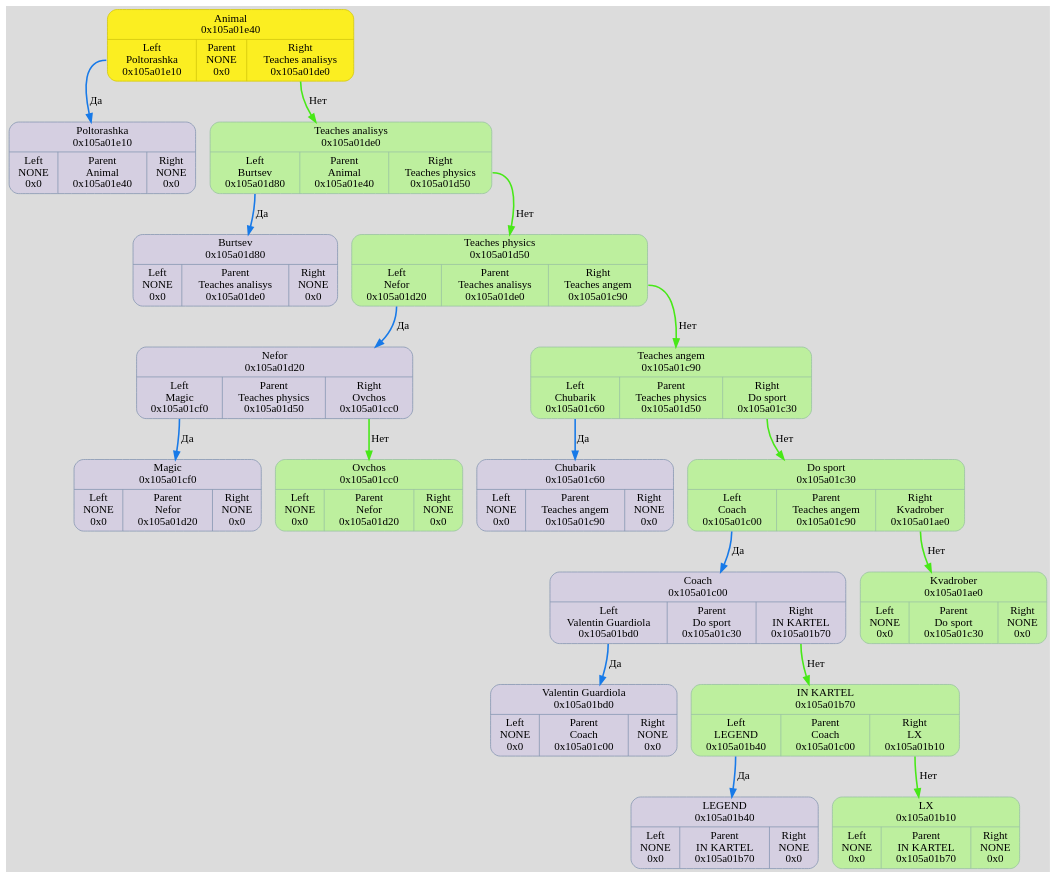
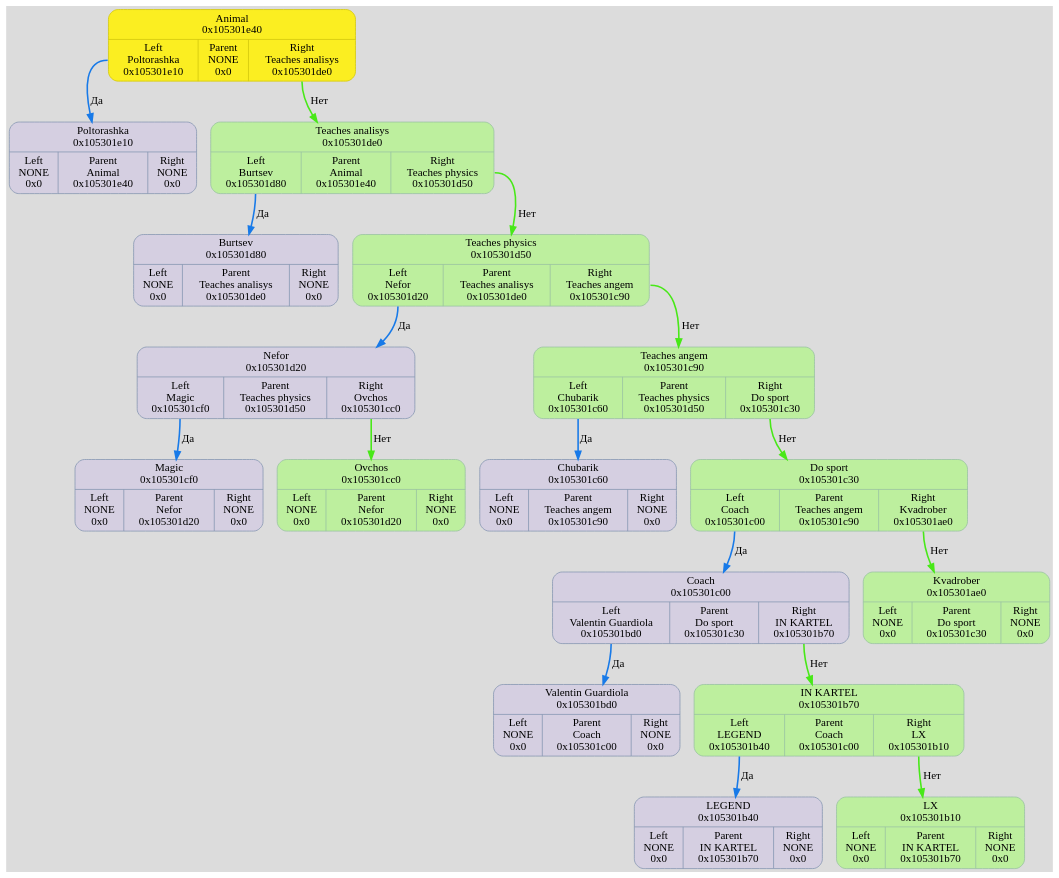
One commit to TolikRogov/Akinator changed the diagram in dump/graph.dot. Above: the diagram before and after it, drawn with Graphviz. The commit also changed 35 other files, not shown here.

```diff
--- a/dump/graph.dot
+++ b/dump/graph.dot
@@ -1,46 +1,46 @@
 digraph {
 	fontname = "UbuntuMono";
 	bgcolor = "#DCDCDC";
 
-	node0x105a01e40 [ shape = Mrecord; style = filled; fillcolor = "#FBEE21"; color = "#D3C70D"; fontcolor = "#000000";label = " { Animal\n0x105a01e40 | { <left> Left\nPoltorashka\n0x105a01e10 | Parent\nNONE\n0x0 | <right> Right\nTeaches analisys\n0x105a01de0 } } ";  ];
-	node0x105a01e40:<left> -> node0x105a01e10 [ style = "bold"; color = "#187AE8"; label = "Да"; ];
-	node0x105a01e10 [ shape = Mrecord; style = filled; fillcolor = "#D5CFE1"; color = "#8797b2"; fontcolor = "#000000";label = " { Poltorashka\n0x105a01e10 | { <left> Left\nNONE\n0x0 | Parent\nAnimal\n0x105a01e40 | <right> Right\nNONE\n0x0 } } ";  ];
-	node0x105a01de0 [ shape = Mrecord; style = filled; fillcolor = "#D5CFE1"; color = "#8797b2"; fontcolor = "#000000";label = " { Teaches analisys\n0x105a01de0 | { <left> Left\nBurtsev\n0x105a01d80 | Parent\nAnimal\n0x105a01e40 | <right> Right\nTeaches physics\n0x105a01d50 } } ";  ];
-	node0x105a01de0:<left> -> node0x105a01d80 [ style = "bold"; color = "#187AE8"; label = "Да"; ];
-	node0x105a01d80 [ shape = Mrecord; style = filled; fillcolor = "#D5CFE1"; color = "#8797b2"; fontcolor = "#000000";label = " { Burtsev\n0x105a01d80 | { <left> Left\nNONE\n0x0 | Parent\nTeaches analisys\n0x105a01de0 | <right> Right\nNONE\n0x0 } } ";  ];
-	node0x105a01d50 [ shape = Mrecord; style = filled; fillcolor = "#D5CFE1"; color = "#8797b2"; fontcolor = "#000000";label = " { Teaches physics\n0x105a01d50 | { <left> Left\nNefor\n0x105a01d20 | Parent\nTeaches analisys\n0x105a01de0 | <right> Right\nTeaches angem\n0x105a01c90 } } ";  ];
-	node0x105a01d50:<left> -> node0x105a01d20 [ style = "bold"; color = "#187AE8"; label = "Да"; ];
-	node0x105a01d20 [ shape = Mrecord; style = filled; fillcolor = "#D5CFE1"; color = "#8797b2"; fontcolor = "#000000";label = " { Nefor\n0x105a01d20 | { <left> Left\nMagic\n0x105a01cf0 | Parent\nTeaches physics\n0x105a01d50 | <right> Right\nOvchos\n0x105a01cc0 } } ";  ];
-	node0x105a01d20:<left> -> node0x105a01cf0 [ style = "bold"; color = "#187AE8"; label = "Да"; ];
-	node0x105a01cf0 [ shape = Mrecord; style = filled; fillcolor = "#D5CFE1"; color = "#8797b2"; fontcolor = "#000000";label = " { Magic\n0x105a01cf0 | { <left> Left\nNONE\n0x0 | Parent\nNefor\n0x105a01d20 | <right> Right\nNONE\n0x0 } } ";  ];
-	node0x105a01cc0 [ shape = Mrecord; style = filled; fillcolor = "#D5CFE1"; color = "#8797b2"; fontcolor = "#000000";label = " { Ovchos\n0x105a01cc0 | { <left> Left\nNONE\n0x0 | Parent\nNefor\n0x105a01d20 | <right> Right\nNONE\n0x0 } } ";  ];
-	node0x105a01d20:<right> -> node0x105a01cc0 [ style = "bold"; color = "#48E818"; label = "Нет"; ];
-	node0x105a01cc0 [ fillcolor = "#BDEF9E"; color = "#99c2a2"; fontcolor = "#000000"; ];
-	node0x105a01c90 [ shape = Mrecord; style = filled; fillcolor = "#D5CFE1"; color = "#8797b2"; fontcolor = "#000000";label = " { Teaches angem\n0x105a01c90 | { <left> Left\nChubarik\n0x105a01c60 | Parent\nTeaches physics\n0x105a01d50 | <right> Right\nDo sport\n0x105a01c30 } } ";  ];
-	node0x105a01c90:<left> -> node0x105a01c60 [ style = "bold"; color = "#187AE8"; label = "Да"; ];
-	node0x105a01c60 [ shape = Mrecord; style = filled; fillcolor = "#D5CFE1"; color = "#8797b2"; fontcolor = "#000000";label = " { Chubarik\n0x105a01c60 | { <left> Left\nNONE\n0x0 | Parent\nTeaches angem\n0x105a01c90 | <right> Right\nNONE\n0x0 } } ";  ];
-	node0x105a01c30 [ shape = Mrecord; style = filled; fillcolor = "#D5CFE1"; color = "#8797b2"; fontcolor = "#000000";label = " { Do sport\n0x105a01c30 | { <left> Left\nCoach\n0x105a01c00 | Parent\nTeaches angem\n0x105a01c90 | <right> Right\nKvadrober\n0x105a01ae0 } } ";  ];
-	node0x105a01c30:<left> -> node0x105a01c00 [ style = "bold"; color = "#187AE8"; label = "Да"; ];
-	node0x105a01c00 [ shape = Mrecord; style = filled; fillcolor = "#D5CFE1"; color = "#8797b2"; fontcolor = "#000000";label = " { Coach\n0x105a01c00 | { <left> Left\nValentin Guardiola\n0x105a01bd0 | Parent\nDo sport\n0x105a01c30 | <right> Right\nIN KARTEL\n0x105a01b70 } } ";  ];
-	node0x105a01c00:<left> -> node0x105a01bd0 [ style = "bold"; color = "#187AE8"; label = "Да"; ];
-	node0x105a01bd0 [ shape = Mrecord; style = filled; fillcolor = "#D5CFE1"; color = "#8797b2"; fontcolor = "#000000";label = " { Valentin Guardiola\n0x105a01bd0 | { <left> Left\nNONE\n0x0 | Parent\nCoach\n0x105a01c00 | <right> Right\nNONE\n0x0 } } ";  ];
-	node0x105a01b70 [ shape = Mrecord; style = filled; fillcolor = "#D5CFE1"; color = "#8797b2"; fontcolor = "#000000";label = " { IN KARTEL\n0x105a01b70 | { <left> Left\nLEGEND\n0x105a01b40 | Parent\nCoach\n0x105a01c00 | <right> Right\nLX\n0x105a01b10 } } ";  ];
-	node0x105a01b70:<left> -> node0x105a01b40 [ style = "bold"; color = "#187AE8"; label = "Да"; ];
-	node0x105a01b40 [ shape = Mrecord; style = filled; fillcolor = "#D5CFE1"; color = "#8797b2"; fontcolor = "#000000";label = " { LEGEND\n0x105a01b40 | { <left> Left\nNONE\n0x0 | Parent\nIN KARTEL\n0x105a01b70 | <right> Right\nNONE\n0x0 } } ";  ];
-	node0x105a01b10 [ shape = Mrecord; style = filled; fillcolor = "#D5CFE1"; color = "#8797b2"; fontcolor = "#000000";label = " { LX\n0x105a01b10 | { <left> Left\nNONE\n0x0 | Parent\nIN KARTEL\n0x105a01b70 | <right> Right\nNONE\n0x0 } } ";  ];
-	node0x105a01b70:<right> -> node0x105a01b10 [ style = "bold"; color = "#48E818"; label = "Нет"; ];
-	node0x105a01b10 [ fillcolor = "#BDEF9E"; color = "#99c2a2"; fontcolor = "#000000"; ];
-	node0x105a01c00:<right> -> node0x105a01b70 [ style = "bold"; color = "#48E818"; label = "Нет"; ];
-	node0x105a01b70 [ fillcolor = "#BDEF9E"; color = "#99c2a2"; fontcolor = "#000000"; ];
-	node0x105a01ae0 [ shape = Mrecord; style = filled; fillcolor = "#D5CFE1"; color = "#8797b2"; fontcolor = "#000000";label = " { Kvadrober\n0x105a01ae0 | { <left> Left\nNONE\n0x0 | Parent\nDo sport\n0x105a01c30 | <right> Right\nNONE\n0x0 } } ";  ];
-	node0x105a01c30:<right> -> node0x105a01ae0 [ style = "bold"; color = "#48E818"; label = "Нет"; ];
-	node0x105a01ae0 [ fillcolor = "#BDEF9E"; color = "#99c2a2"; fontcolor = "#000000"; ];
-	node0x105a01c90:<right> -> node0x105a01c30 [ style = "bold"; color = "#48E818"; label = "Нет"; ];
-	node0x105a01c30 [ fillcolor = "#BDEF9E"; color = "#99c2a2"; fontcolor = "#000000"; ];
-	node0x105a01d50:<right> -> node0x105a01c90 [ style = "bold"; color = "#48E818"; label = "Нет"; ];
-	node0x105a01c90 [ fillcolor = "#BDEF9E"; color = "#99c2a2"; fontcolor = "#000000"; ];
-	node0x105a01de0:<right> -> node0x105a01d50 [ style = "bold"; color = "#48E818"; label = "Нет"; ];
-	node0x105a01d50 [ fillcolor = "#BDEF9E"; color = "#99c2a2"; fontcolor = "#000000"; ];
-	node0x105a01e40:<right> -> node0x105a01de0 [ style = "bold"; color = "#48E818"; label = "Нет"; ];
-	node0x105a01de0 [ fillcolor = "#BDEF9E"; color = "#99c2a2"; fontcolor = "#000000"; ];
+	node0x105301e40 [ shape = Mrecord; style = filled; fillcolor = "#FBEE21"; color = "#D3C70D"; fontcolor = "#000000";label = " { Animal\n0x105301e40 | { <left> Left\nPoltorashka\n0x105301e10 | Parent\nNONE\n0x0 | <right> Right\nTeaches analisys\n0x105301de0 } } ";  ];
+	node0x105301e40:<left> -> node0x105301e10 [ style = "bold"; color = "#187AE8"; label = "Да"; ];
+	node0x105301e10 [ shape = Mrecord; style = filled; fillcolor = "#D5CFE1"; color = "#8797b2"; fontcolor = "#000000";label = " { Poltorashka\n0x105301e10 | { <left> Left\nNONE\n0x0 | Parent\nAnimal\n0x105301e40 | <right> Right\nNONE\n0x0 } } ";  ];
+	node0x105301de0 [ shape = Mrecord; style = filled; fillcolor = "#D5CFE1"; color = "#8797b2"; fontcolor = "#000000";label = " { Teaches analisys\n0x105301de0 | { <left> Left\nBurtsev\n0x105301d80 | Parent\nAnimal\n0x105301e40 | <right> Right\nTeaches physics\n0x105301d50 } } ";  ];
+	node0x105301de0:<left> -> node0x105301d80 [ style = "bold"; color = "#187AE8"; label = "Да"; ];
+	node0x105301d80 [ shape = Mrecord; style = filled; fillcolor = "#D5CFE1"; color = "#8797b2"; fontcolor = "#000000";label = " { Burtsev\n0x105301d80 | { <left> Left\nNONE\n0x0 | Parent\nTeaches analisys\n0x105301de0 | <right> Right\nNONE\n0x0 } } ";  ];
+	node0x105301d50 [ shape = Mrecord; style = filled; fillcolor = "#D5CFE1"; color = "#8797b2"; fontcolor = "#000000";label = " { Teaches physics\n0x105301d50 | { <left> Left\nNefor\n0x105301d20 | Parent\nTeaches analisys\n0x105301de0 | <right> Right\nTeaches angem\n0x105301c90 } } ";  ];
+	node0x105301d50:<left> -> node0x105301d20 [ style = "bold"; color = "#187AE8"; label = "Да"; ];
+	node0x105301d20 [ shape = Mrecord; style = filled; fillcolor = "#D5CFE1"; color = "#8797b2"; fontcolor = "#000000";label = " { Nefor\n0x105301d20 | { <left> Left\nMagic\n0x105301cf0 | Parent\nTeaches physics\n0x105301d50 | <right> Right\nOvchos\n0x105301cc0 } } ";  ];
+	node0x105301d20:<left> -> node0x105301cf0 [ style = "bold"; color = "#187AE8"; label = "Да"; ];
+	node0x105301cf0 [ shape = Mrecord; style = filled; fillcolor = "#D5CFE1"; color = "#8797b2"; fontcolor = "#000000";label = " { Magic\n0x105301cf0 | { <left> Left\nNONE\n0x0 | Parent\nNefor\n0x105301d20 | <right> Right\nNONE\n0x0 } } ";  ];
+	node0x105301cc0 [ shape = Mrecord; style = filled; fillcolor = "#D5CFE1"; color = "#8797b2"; fontcolor = "#000000";label = " { Ovchos\n0x105301cc0 | { <left> Left\nNONE\n0x0 | Parent\nNefor\n0x105301d20 | <right> Right\nNONE\n0x0 } } ";  ];
+	node0x105301d20:<right> -> node0x105301cc0 [ style = "bold"; color = "#48E818"; label = "Нет"; ];
+	node0x105301cc0 [ fillcolor = "#BDEF9E"; color = "#99c2a2"; fontcolor = "#000000"; ];
+	node0x105301c90 [ shape = Mrecord; style = filled; fillcolor = "#D5CFE1"; color = "#8797b2"; fontcolor = "#000000";label = " { Teaches angem\n0x105301c90 | { <left> Left\nChubarik\n0x105301c60 | Parent\nTeaches physics\n0x105301d50 | <right> Right\nDo sport\n0x105301c30 } } ";  ];
+	node0x105301c90:<left> -> node0x105301c60 [ style = "bold"; color = "#187AE8"; label = "Да"; ];
+	node0x105301c60 [ shape = Mrecord; style = filled; fillcolor = "#D5CFE1"; color = "#8797b2"; fontcolor = "#000000";label = " { Chubarik\n0x105301c60 | { <left> Left\nNONE\n0x0 | Parent\nTeaches angem\n0x105301c90 | <right> Right\nNONE\n0x0 } } ";  ];
+	node0x105301c30 [ shape = Mrecord; style = filled; fillcolor = "#D5CFE1"; color = "#8797b2"; fontcolor = "#000000";label = " { Do sport\n0x105301c30 | { <left> Left\nCoach\n0x105301c00 | Parent\nTeaches angem\n0x105301c90 | <right> Right\nKvadrober\n0x105301ae0 } } ";  ];
+	node0x105301c30:<left> -> node0x105301c00 [ style = "bold"; color = "#187AE8"; label = "Да"; ];
+	node0x105301c00 [ shape = Mrecord; style = filled; fillcolor = "#D5CFE1"; color = "#8797b2"; fontcolor = "#000000";label = " { Coach\n0x105301c00 | { <left> Left\nValentin Guardiola\n0x105301bd0 | Parent\nDo sport\n0x105301c30 | <right> Right\nIN KARTEL\n0x105301b70 } } ";  ];
+	node0x105301c00:<left> -> node0x105301bd0 [ style = "bold"; color = "#187AE8"; label = "Да"; ];
+	node0x105301bd0 [ shape = Mrecord; style = filled; fillcolor = "#D5CFE1"; color = "#8797b2"; fontcolor = "#000000";label = " { Valentin Guardiola\n0x105301bd0 | { <left> Left\nNONE\n0x0 | Parent\nCoach\n0x105301c00 | <right> Right\nNONE\n0x0 } } ";  ];
+	node0x105301b70 [ shape = Mrecord; style = filled; fillcolor = "#D5CFE1"; color = "#8797b2"; fontcolor = "#000000";label = " { IN KARTEL\n0x105301b70 | { <left> Left\nLEGEND\n0x105301b40 | Parent\nCoach\n0x105301c00 | <right> Right\nLX\n0x105301b10 } } ";  ];
+	node0x105301b70:<left> -> node0x105301b40 [ style = "bold"; color = "#187AE8"; label = "Да"; ];
+	node0x105301b40 [ shape = Mrecord; style = filled; fillcolor = "#D5CFE1"; color = "#8797b2"; fontcolor = "#000000";label = " { LEGEND\n0x105301b40 | { <left> Left\nNONE\n0x0 | Parent\nIN KARTEL\n0x105301b70 | <right> Right\nNONE\n0x0 } } ";  ];
+	node0x105301b10 [ shape = Mrecord; style = filled; fillcolor = "#D5CFE1"; color = "#8797b2"; fontcolor = "#000000";label = " { LX\n0x105301b10 | { <left> Left\nNONE\n0x0 | Parent\nIN KARTEL\n0x105301b70 | <right> Right\nNONE\n0x0 } } ";  ];
+	node0x105301b70:<right> -> node0x105301b10 [ style = "bold"; color = "#48E818"; label = "Нет"; ];
+	node0x105301b10 [ fillcolor = "#BDEF9E"; color = "#99c2a2"; fontcolor = "#000000"; ];
+	node0x105301c00:<right> -> node0x105301b70 [ style = "bold"; color = "#48E818"; label = "Нет"; ];
+	node0x105301b70 [ fillcolor = "#BDEF9E"; color = "#99c2a2"; fontcolor = "#000000"; ];
+	node0x105301ae0 [ shape = Mrecord; style = filled; fillcolor = "#D5CFE1"; color = "#8797b2"; fontcolor = "#000000";label = " { Kvadrober\n0x105301ae0 | { <left> Left\nNONE\n0x0 | Parent\nDo sport\n0x105301c30 | <right> Right\nNONE\n0x0 } } ";  ];
+	node0x105301c30:<right> -> node0x105301ae0 [ style = "bold"; color = "#48E818"; label = "Нет"; ];
+	node0x105301ae0 [ fillcolor = "#BDEF9E"; color = "#99c2a2"; fontcolor = "#000000"; ];
+	node0x105301c90:<right> -> node0x105301c30 [ style = "bold"; color = "#48E818"; label = "Нет"; ];
+	node0x105301c30 [ fillcolor = "#BDEF9E"; color = "#99c2a2"; fontcolor = "#000000"; ];
+	node0x105301d50:<right> -> node0x105301c90 [ style = "bold"; color = "#48E818"; label = "Нет"; ];
+	node0x105301c90 [ fillcolor = "#BDEF9E"; color = "#99c2a2"; fontcolor = "#000000"; ];
+	node0x105301de0:<right> -> node0x105301d50 [ style = "bold"; color = "#48E818"; label = "Нет"; ];
+	node0x105301d50 [ fillcolor = "#BDEF9E"; color = "#99c2a2"; fontcolor = "#000000"; ];
+	node0x105301e40:<right> -> node0x105301de0 [ style = "bold"; color = "#48E818"; label = "Нет"; ];
+	node0x105301de0 [ fillcolor = "#BDEF9E"; color = "#99c2a2"; fontcolor = "#000000"; ];
 }
```
